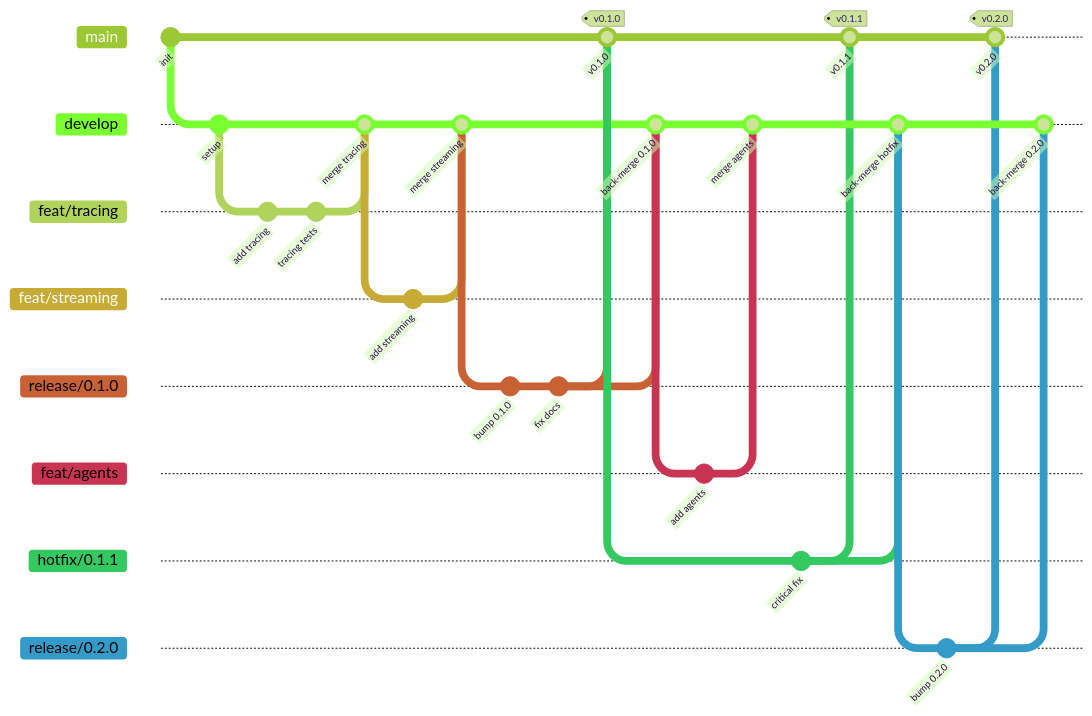
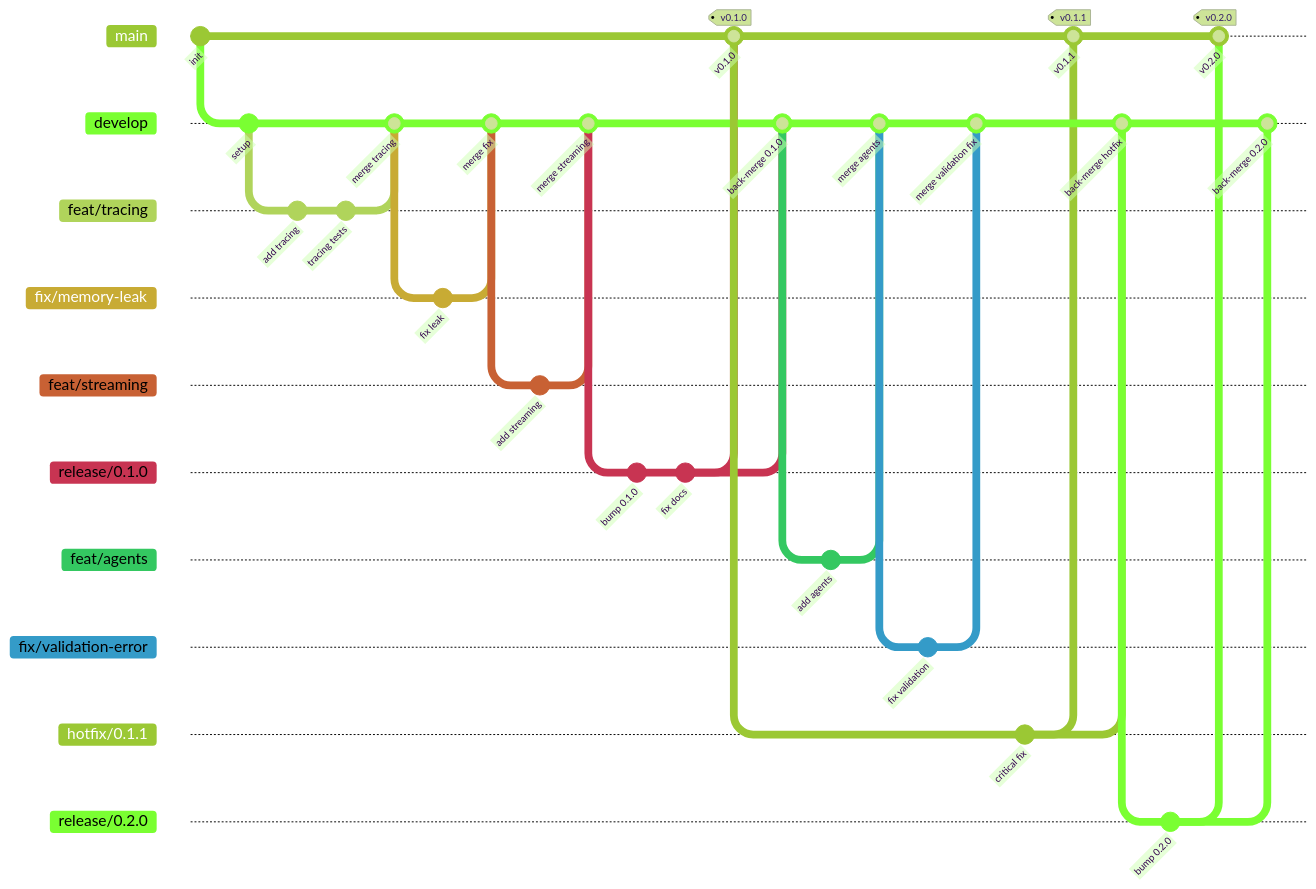
Before and after one commit to unified-ui/unifiedui-sdk: the diagram in README.md, drawn with Mermaid (forest theme). The commit also changed 1 other file, not shown here.

Commit message:
docs: update branching strategy diagram for clarity and detail

````diff
--- a/README.md
+++ b/README.md
@@ -283,53 +283,65 @@
 ```mermaid
 gitGraph
     commit id: "init"
     branch develop
     checkout develop
     commit id: "setup"
 
     branch feat/tracing
     checkout feat/tracing
     commit id: "add tracing"
     commit id: "tracing tests"
     checkout develop
     merge feat/tracing id: "merge tracing"
+
+    branch fix/memory-leak
+    checkout fix/memory-leak
+    commit id: "fix leak"
+    checkout develop
+    merge fix/memory-leak id: "merge fix"
 
     branch feat/streaming
     checkout feat/streaming
     commit id: "add streaming"
     checkout develop
     merge feat/streaming id: "merge streaming"
 
     branch release/0.1.0
     checkout release/0.1.0
     commit id: "bump 0.1.0"
     commit id: "fix docs"
     checkout main
     merge release/0.1.0 id: "v0.1.0" tag: "v0.1.0"
     checkout develop
     merge release/0.1.0 id: "back-merge 0.1.0"
 
     checkout develop
     branch feat/agents
     checkout feat/agents
     commit id: "add agents"
     checkout develop
     merge feat/agents id: "merge agents"
 
+    branch fix/validation-error
+    checkout fix/validation-error
+    commit id: "fix validation"
+    checkout develop
+    merge fix/validation-error id: "merge validation fix"
+
     checkout main
     branch hotfix/0.1.1
     checkout hotfix/0.1.1
     commit id: "critical fix"
     checkout main
     merge hotfix/0.1.1 id: "v0.1.1" tag: "v0.1.1"
     checkout develop
     merge hotfix/0.1.1 id: "back-merge hotfix"
 
     branch release/0.2.0
     checkout release/0.2.0
     commit id: "bump 0.2.0"
     checkout main
     merge release/0.2.0 id: "v0.2.0" tag: "v0.2.0"
     checkout develop
     merge release/0.2.0 id: "back-merge 0.2.0"
 ```
````
